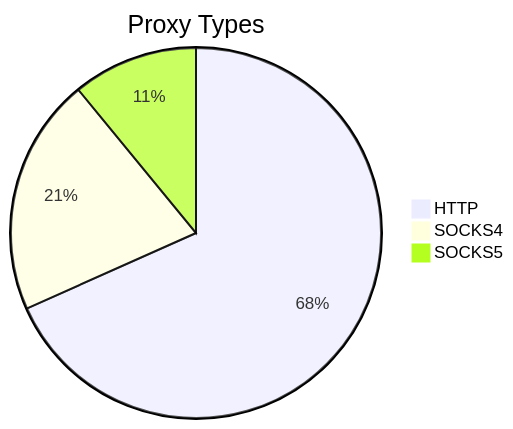
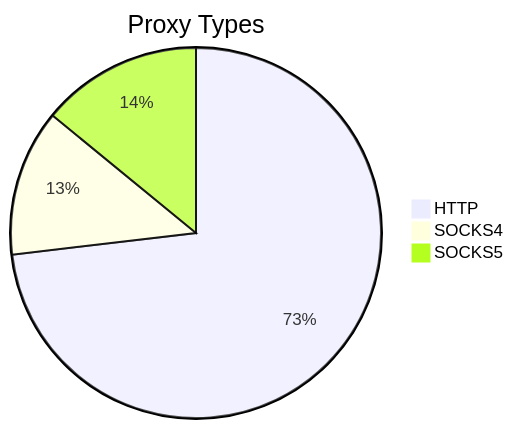
Before and after one commit to stormsia/proxy-list: the first of 2 diagrams in README.md, drawn with Mermaid. The commit also changed other lines of this file, not shown here.

````diff
--- a/README.md
+++ b/README.md
@@ -21,6 +21,6 @@
 ```mermaid
 pie title Proxy Types
-    "HTTP" : 537
-    "SOCKS4" : 163
-    "SOCKS5" : 86
+    "HTTP" : 343
+    "SOCKS4" : 60
+    "SOCKS5" : 66
 ```
````
